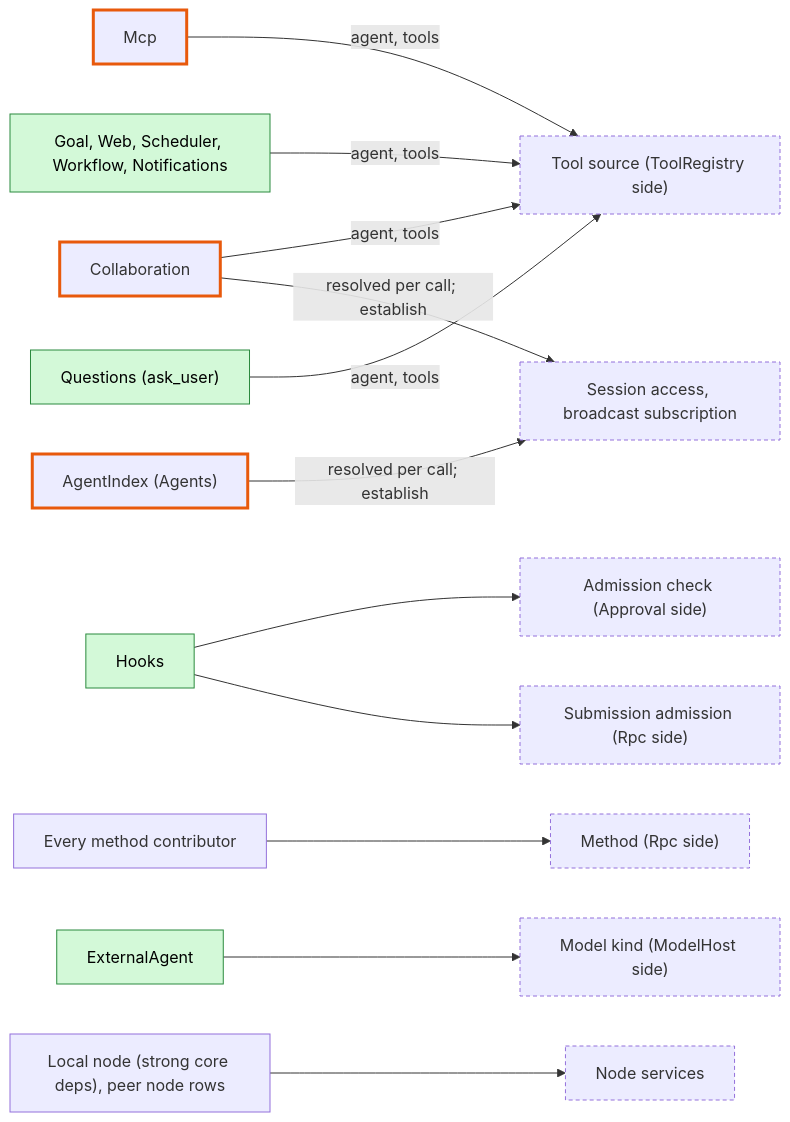
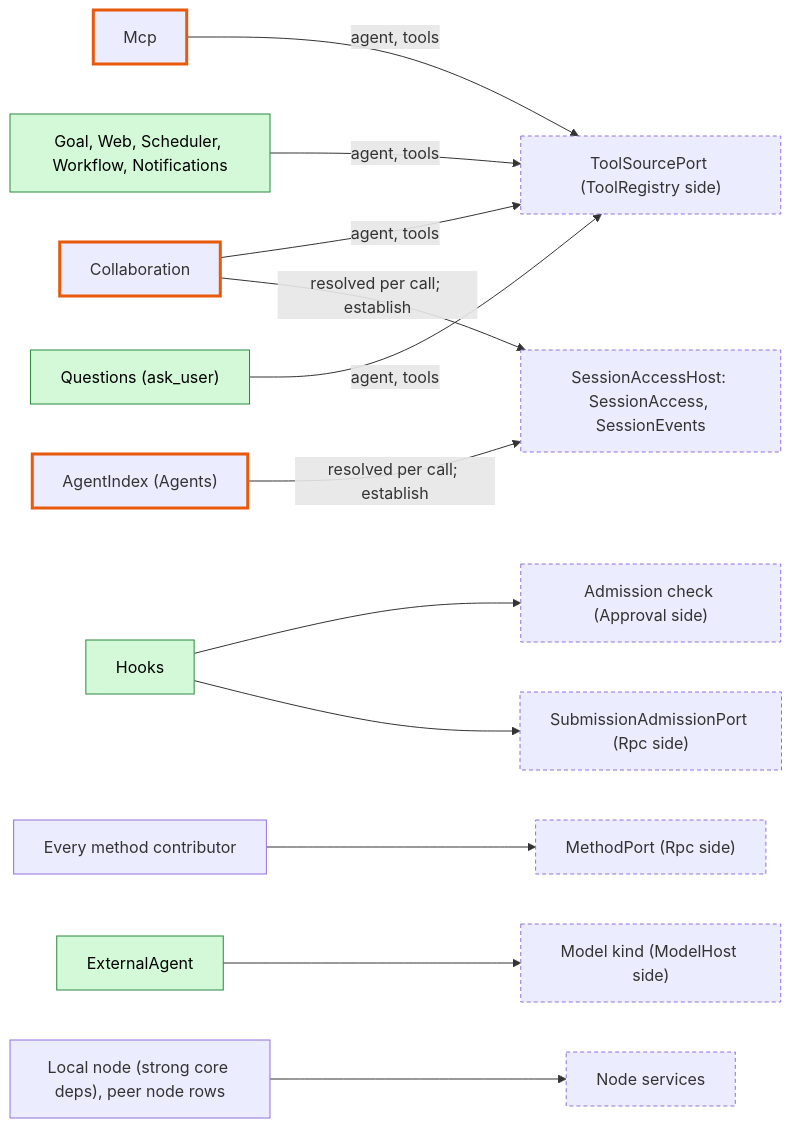
One commit to CoutinhoTTS/dim-agent changed the third of 9 diagrams in docs/design/overview.md. Above: the diagram before and after it, drawn with Mermaid. The commit also changed other lines of this file and 12 other files, not shown here.

````diff
--- a/docs/design/overview.md
+++ b/docs/design/overview.md
@@ -105,32 +105,32 @@
 ```mermaid
 flowchart LR
   classDef new fill:#d3f9d8,stroke:#2b8a3e,color:#000
   classDef changed stroke:#e8590c,stroke-width:3px
   classDef contract stroke-dasharray:4 3
 
-  pTool["Tool source (ToolRegistry side)"]:::contract
+  pTool["ToolSourcePort (ToolRegistry side)"]:::contract
   pAdm["Admission check (Approval side)"]:::contract
-  pSub["Submission admission (Rpc side)"]:::contract
-  pM["Method (Rpc side)"]:::contract
+  pSub["SubmissionAdmissionPort (Rpc side)"]:::contract
+  pM["MethodPort (Rpc side)"]:::contract
   pKind["Model kind (ModelHost side)"]:::contract
-  pSA["Session access, broadcast subscription"]:::contract
+  pSA["SessionAccessHost: SessionAccess, SessionEvents"]:::contract
   pNode["Node services"]:::contract
 
   Mcp["Mcp"]:::changed
   Collab["Collaboration"]:::changed
   AgentIndex["AgentIndex (Agents)"]:::changed
   New["Goal, Web, Scheduler, Workflow, Notifications"]:::new
   Qs["Questions (ask_user)"]:::new
   Hooks["Hooks"]:::new
   Contribs["Every method contributor"]
   Ext["ExternalAgent"]:::new
   Local["Local node (strong core deps), peer node rows"]
 
   Mcp & Collab & New & Qs -->|"agent, tools"| pTool
   Hooks --> pAdm
   Hooks --> pSub
   Contribs --> pM
   Ext --> pKind
   AgentIndex & Collab -->|"resolved per call; establish"| pSA
   Local --> pNode
 ```
````
